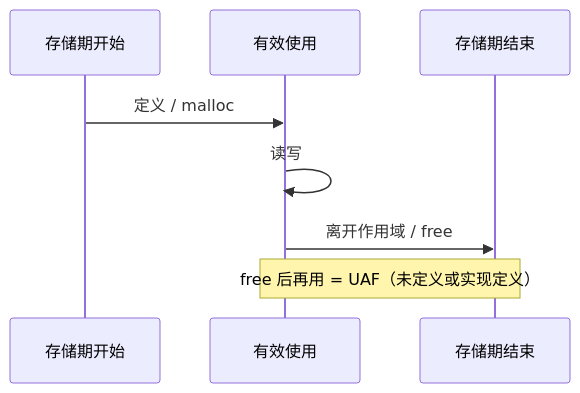
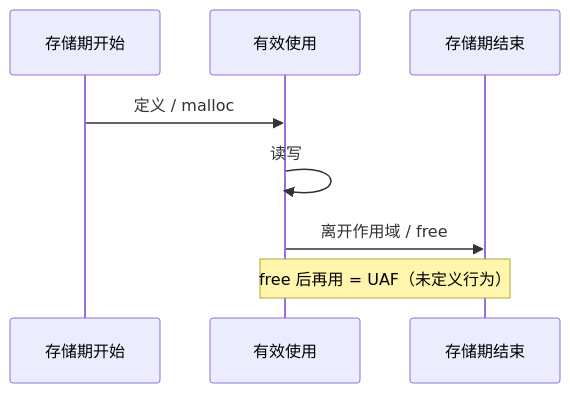
The third of 3 diagrams in content/编程语言/C/C 内存模型与未定义行为.md (y-Adrian/LocalBlog), drawn with Mermaid before and after one commit. The commit also changed other lines of this file and 49 other files, not shown here.

````diff
--- a/content/编程语言/C/C 内存模型与未定义行为.md
+++ b/content/编程语言/C/C 内存模型与未定义行为.md
@@ -87,10 +86,10 @@
 ```mermaid
 sequenceDiagram
   participant S as 存储期开始
   participant U as 有效使用
   participant E as 存储期结束
   S->>U: 定义 / malloc
   U->>U: 读写
   U->>E: 离开作用域 / free
-  Note over U,E: free 后再用 = UAF（未定义或实现定义）
+  Note over U,E: free 后再用 = UAF（未定义行为）
 ```
````
